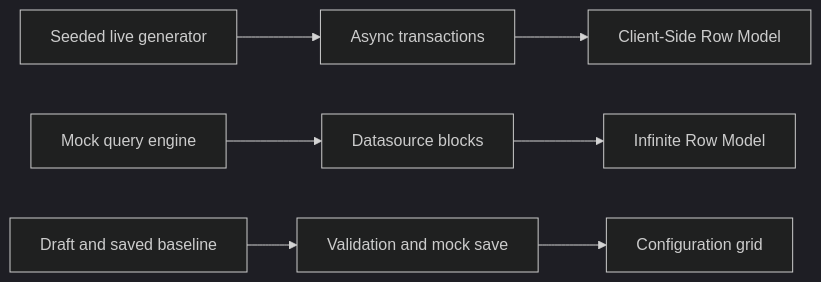
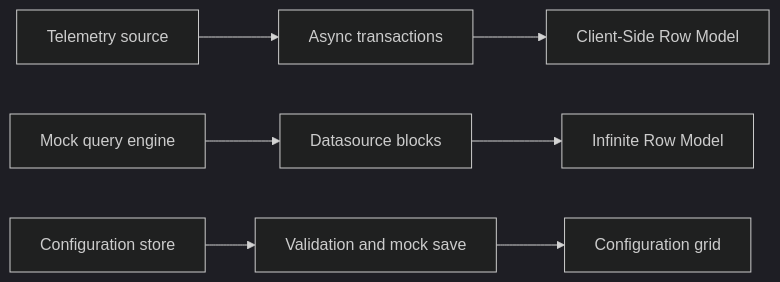
Before and after one commit to serhii-baksheiev/ag-grid-interview-lab: the diagram in README.md, drawn with Mermaid (dark theme). The commit also changed other lines of this file and 4 other files, not shown here.

First line of the commit message:
docs: reconcile performance and architecture notes with the final measurements

````diff
--- a/README.md
+++ b/README.md
@@ -52,9 +52,9 @@
 ```mermaid
 flowchart LR
-  G[Seeded live generator] --> T[Async transactions]
+  G[Telemetry source] --> T[Async transactions]
   T --> L[Client-Side Row Model]
   Q[Mock query engine] --> B[Datasource blocks]
   B --> H[Infinite Row Model]
-  D[Draft and saved baseline] --> V[Validation and mock save]
+  D[Configuration store] --> V[Validation and mock save]
   V --> C[Configuration grid]
 ```
````
